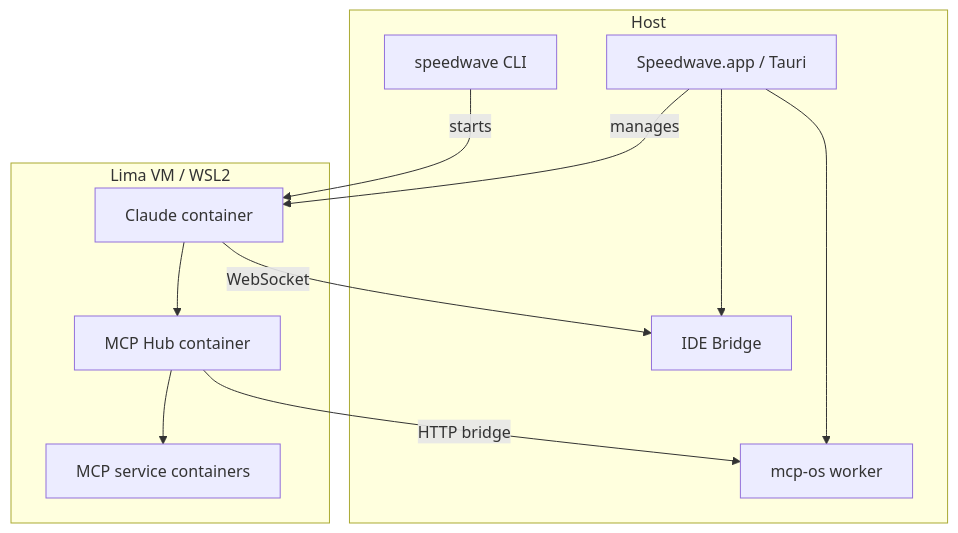
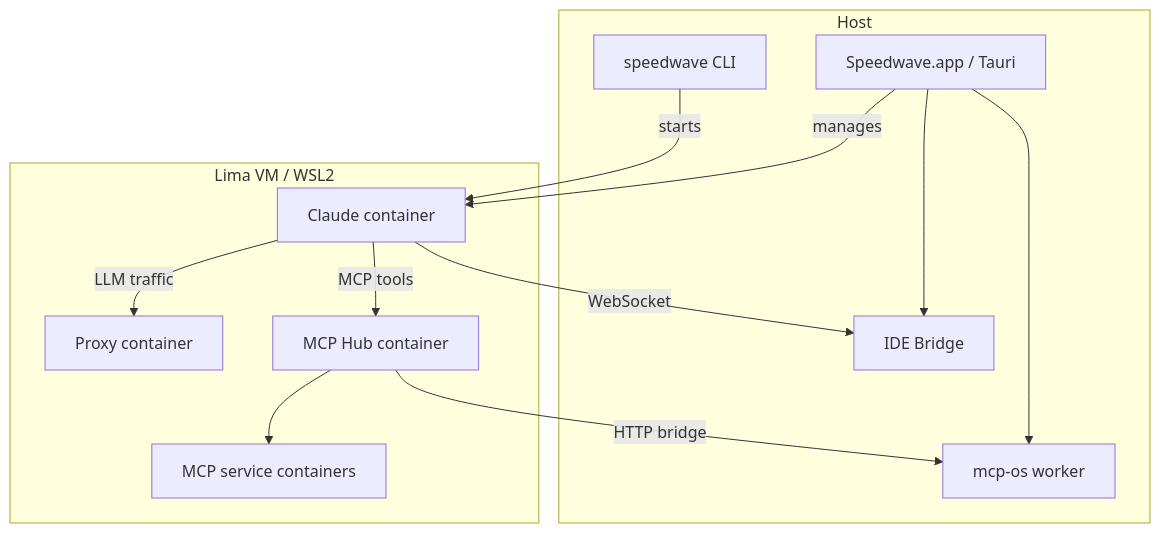
Before and after one commit to speednet-software/speedwave: the diagram in docs/architecture/README.md, drawn with Mermaid. The commit also changed other lines of this file and 31 other files, not shown here.

First line of the commit message:
refactor(desktop): finish proxy cost/usage review — split llm_cmd, single-pass scan

````diff
--- a/docs/architecture/README.md
+++ b/docs/architecture/README.md
@@ -7,24 +7,26 @@
 ```mermaid
 graph TD
     subgraph Host
         APP[Speedwave.app / Tauri]
         MCP_OS[mcp-os worker]
         IDE[IDE Bridge]
         CLI[speedwave CLI]
     end
 
     subgraph "Lima VM / WSL2"
         CLAUDE[Claude container]
+        PROXY[Proxy container]
         HUB[MCP Hub container]
         WORKERS[MCP service containers]
     end
 
     APP --> MCP_OS
     APP --> IDE
     APP --> |manages| CLAUDE
     CLI --> |starts| CLAUDE
-    CLAUDE --> HUB
+    CLAUDE --> |LLM traffic| PROXY
+    CLAUDE --> |MCP tools| HUB
     HUB --> WORKERS
     HUB --> |HTTP bridge| MCP_OS
     CLAUDE --> |WebSocket| IDE
 ```
````
